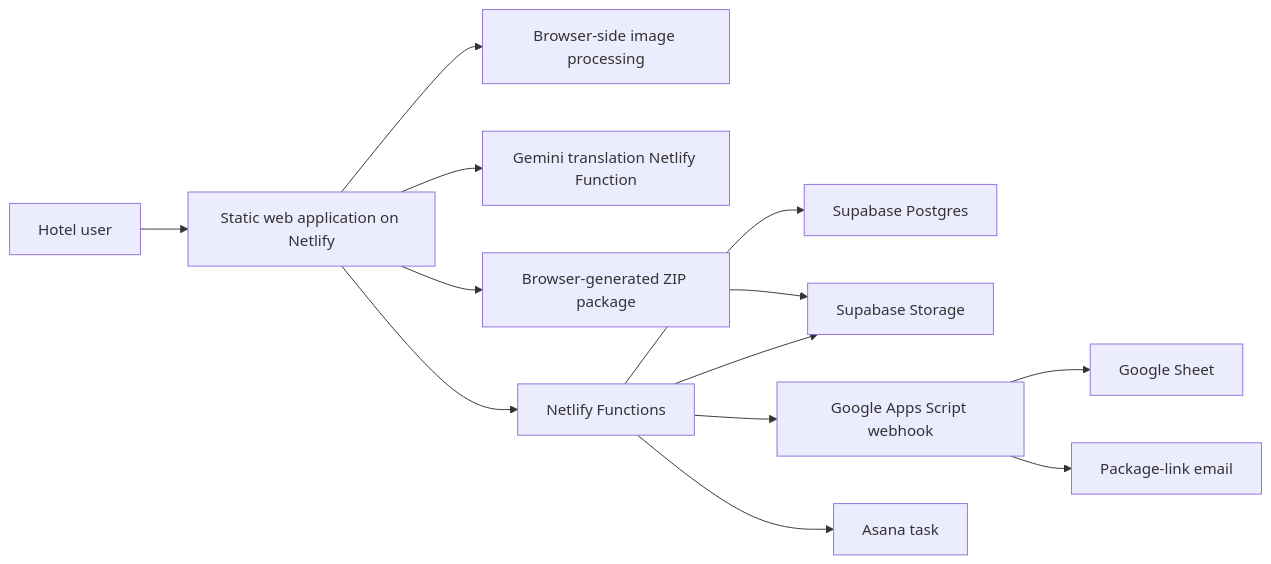
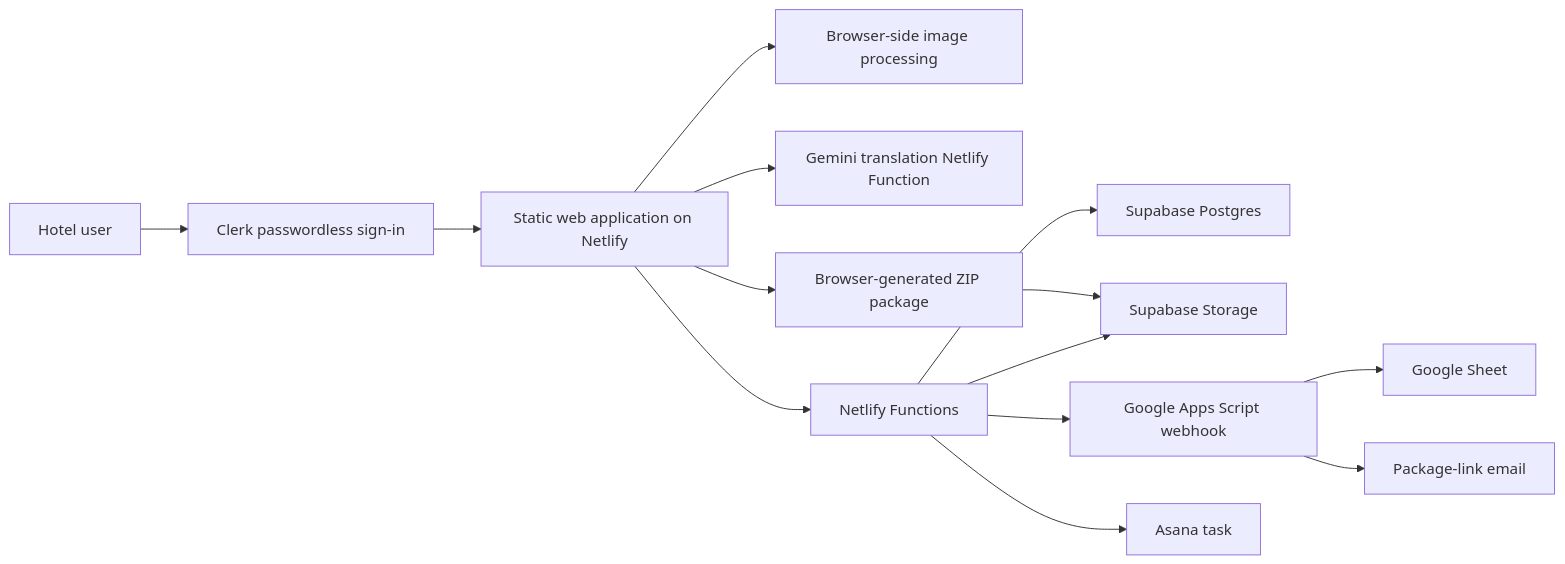
The diagram in ARCHITECTURE.md (Subh1982/Hotel-Offers-form-Trial), drawn with Mermaid before and after one commit. The commit also changed other lines of this file and 17 other files, not shown here.

````diff
--- a/ARCHITECTURE.md
+++ b/ARCHITECTURE.md
@@ -9,15 +9,16 @@
 ```mermaid
 flowchart LR
-    Hotel["Hotel user"] --> UI["Static web application on Netlify"]
+    Hotel["Hotel user"] --> Clerk["Clerk passwordless sign-in"]
+    Clerk --> UI["Static web application on Netlify"]
     UI --> Images["Browser-side image processing"]
     UI --> Translation["Gemini translation Netlify Function"]
     UI --> API["Netlify Functions"]
     API --> Database["Supabase Postgres"]
     API --> Storage["Supabase Storage"]
     API --> AppsScript["Google Apps Script webhook"]
     API --> Asana["Asana task"]
     AppsScript --> Sheet["Google Sheet"]
     AppsScript --> Email["Package-link email"]
     UI --> Package["Browser-generated ZIP package"]
     Package --> Storage
 ```
````
